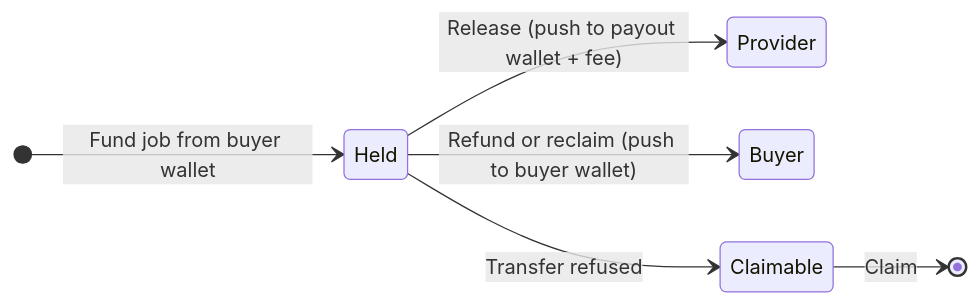
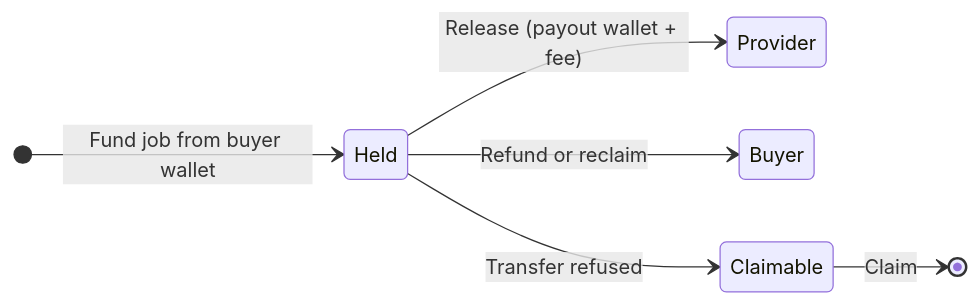
One commit to 2giosangmitom/payvoke changed the second of 3 diagrams in README.md. Above: the diagram before and after it, drawn with Mermaid. The commit also changed other lines of this file, not shown here.

````diff
--- a/README.md
+++ b/README.md
@@ -62,9 +66,9 @@
 ```mermaid
 stateDiagram-v2
     direction LR
     [*] --> Held: Fund job from buyer wallet
-    Held --> Provider: Release (push to payout wallet + fee)
-    Held --> Buyer: Refund or reclaim (push to buyer wallet)
+    Held --> Provider: Release (payout wallet + fee)
+    Held --> Buyer: Refund or reclaim
     Held --> Claimable: Transfer refused
     Claimable --> [*]: Claim
 ```
````
